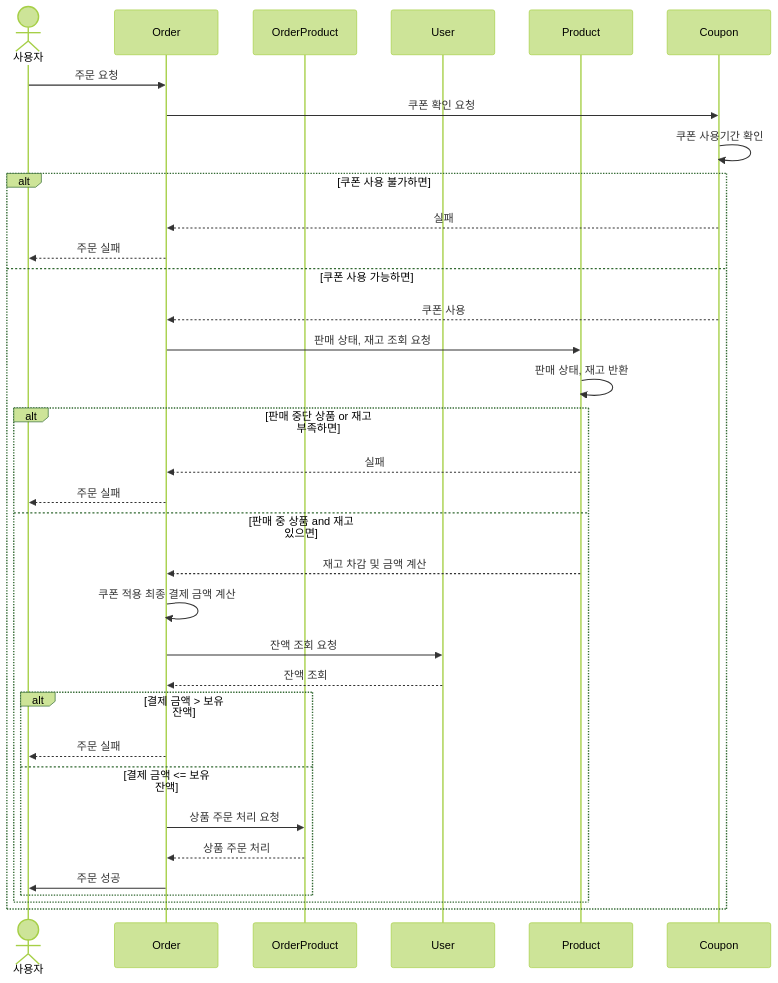
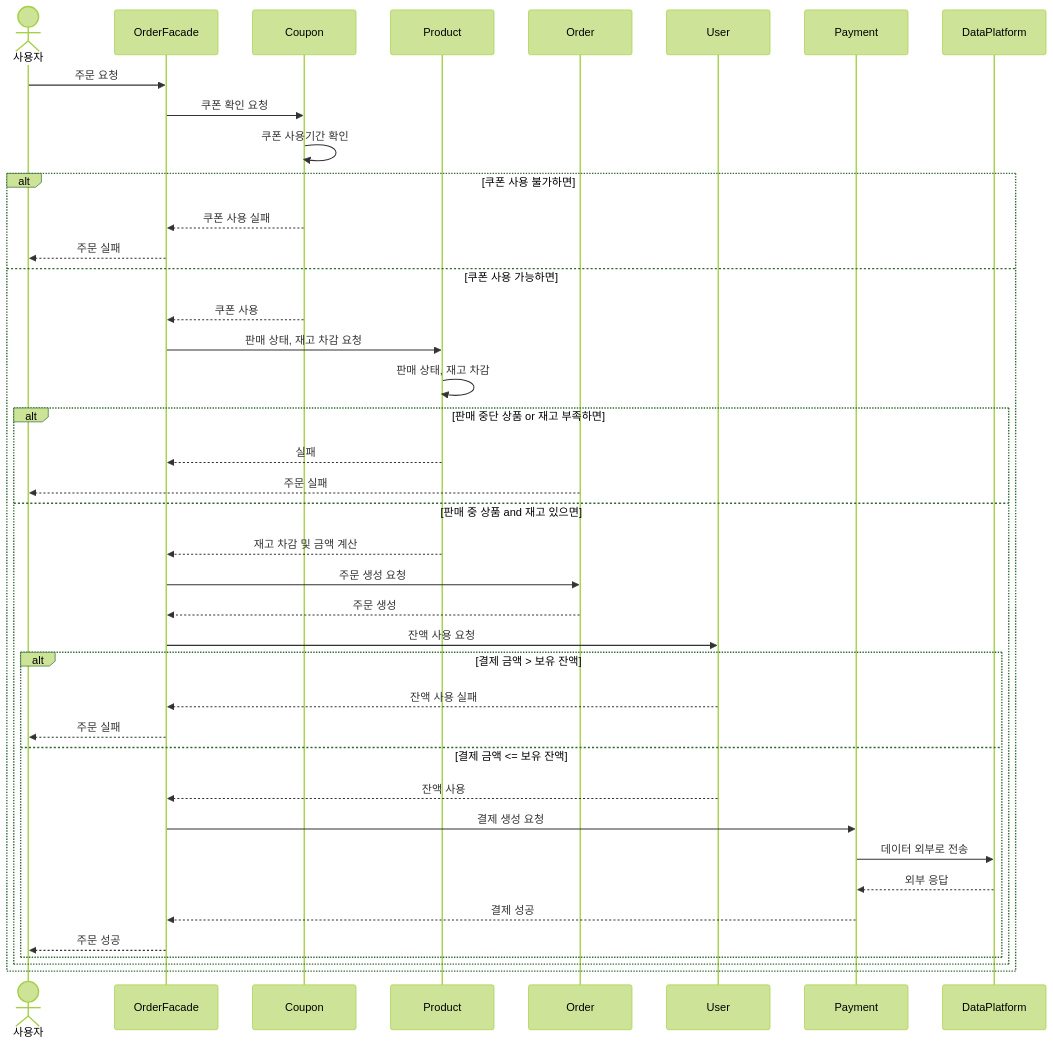
The fourth of 5 diagrams in docs/SequenceDiagram/SequenceDiagram.md (ahdrn2016/hhplus-ecommerce), drawn with Mermaid (forest theme) before and after one commit. The commit also changed other lines of this file, not shown here.

Commit message:
Docs: 주문 시퀀스 다이어그램 수정

````diff
--- a/docs/SequenceDiagram/SequenceDiagram.md
+++ b/docs/SequenceDiagram/SequenceDiagram.md
@@ -60,38 +60,44 @@
 ```mermaid
 sequenceDiagram
     actor I as 사용자
+    participant OrderFacade as OrderFacade
+    participant Coupon as Coupon
+    participant Product as Product
     participant Order as Order
-    participant OrderProduct as OrderProduct
     participant User as User
-    participant Product as Product
-    participant Coupon as Coupon
+    participant Payment as Payment
+    participant DataPlatform as DataPlatform
 
-    I ->> Order : 주문 요청
-    Order ->> Coupon : 쿠폰 확인 요청
+    I ->> OrderFacade : 주문 요청
+    OrderFacade ->> Coupon : 쿠폰 확인 요청
     Coupon ->> Coupon : 쿠폰 사용기간 확인
     alt 쿠폰 사용 불가하면
-        Coupon -->> Order : 실패
-        Order -->> I : 주문 실패
+        Coupon -->> OrderFacade : 쿠폰 사용 실패
+        OrderFacade -->> I : 주문 실패
     else 쿠폰 사용 가능하면
-        Coupon -->> Order : 쿠폰 사용
-        Order ->> Product : 판매 상태, 재고 조회 요청
-        Product ->> Product : 판매 상태, 재고 반환
+        Coupon -->> OrderFacade : 쿠폰 사용
+        OrderFacade ->> Product : 판매 상태, 재고 차감 요청
+        Product ->> Product : 판매 상태, 재고 차감
         alt 판매 중단 상품 or 재고 부족하면
-            Product -->> Order : 실패
+            Product -->> OrderFacade : 실패
             Order -->> I : 주문 실패
         else 판매 중 상품 and 재고 있으면
-            Product -->> Order : 재고 차감 및 금액 계산
-            Order ->> Order : 쿠폰 적용 최종 결제 금액 계산
-            Order ->> User : 잔액 조회 요청
-            User -->> Order : 잔액 조회
+            Product -->> OrderFacade : 재고 차감 및 금액 계산
+            OrderFacade ->> Order : 주문 생성 요청
+            Order -->> OrderFacade : 주문 생성
+            OrderFacade ->> User : 잔액 사용 요청
             alt 결제 금액 > 보유 잔액
-                Order -->> I : 주문 실패
+                User -->> OrderFacade : 잔액 사용 실패
+                OrderFacade -->> I : 주문 실패
             else 결제 금액 <= 보유 잔액
-                Order ->> OrderProduct : 상품 주문 처리 요청
-                OrderProduct -->> Order : 상품 주문 처리
-                Order ->> I : 주문 성공
+                User -->> OrderFacade : 잔액 사용
+                OrderFacade ->> Payment : 결제 생성 요청
+                Payment ->> DataPlatform : 데이터 외부로 전송
+                DataPlatform -->> Payment : 외부 응답
+                Payment -->> OrderFacade : 결제 성공
+                OrderFacade -->> I : 주문 성공
             end
         end
     end
     
 ```
````
